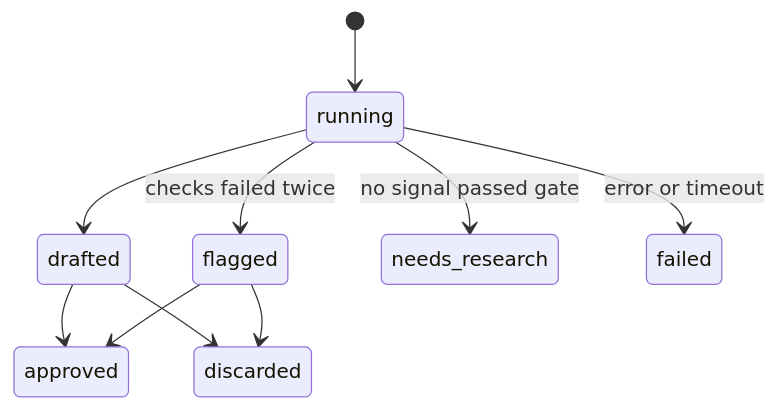
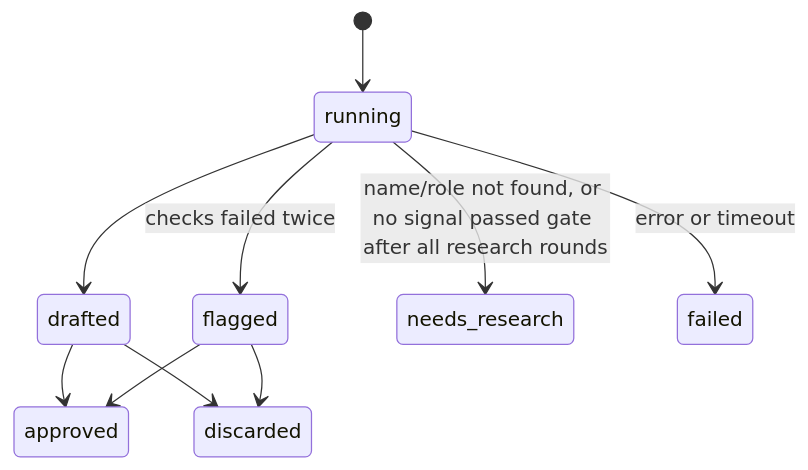
One commit to SATYAM111872/ZampAI changed the second of 2 diagrams in FLOWCHART.md. Above: the diagram before and after it, drawn with Mermaid. The commit also changed other lines of this file and 9 other files, not shown here.

````diff
--- a/FLOWCHART.md
+++ b/FLOWCHART.md
@@ -55,12 +64,12 @@
 ```mermaid
 stateDiagram-v2
     [*] --> running
     running --> drafted
     running --> flagged: checks failed twice
-    running --> needs_research: no signal passed gate
+    running --> needs_research: name/role not found, or no signal passed gate after all research rounds
     running --> failed: error or timeout
     drafted --> approved
     drafted --> discarded
     flagged --> approved
     flagged --> discarded
 ```
````
